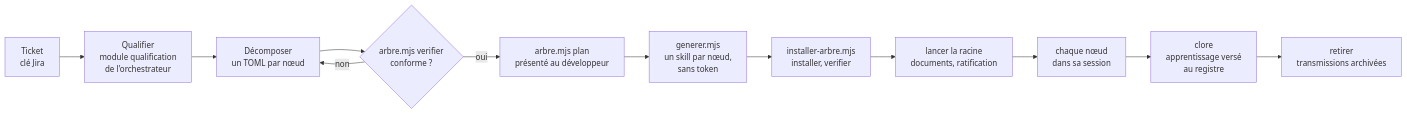
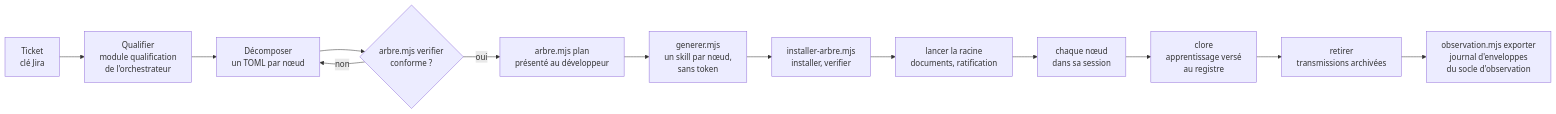
The diagram in specs/generateur-skill-ticket/SKILL.md (FredGarcia/Agent2Prompt), drawn with Mermaid before and after one commit. The commit also changed other lines of this file and 29 other files, not shown here.

````diff
--- a/specs/generateur-skill-ticket/SKILL.md
+++ b/specs/generateur-skill-ticket/SKILL.md
@@ -22,14 +22,15 @@
 ```mermaid
 flowchart LR
   T["Ticket<br/>clé Jira"] --> Q["Qualifier<br/>module qualification<br/>de l'orchestrateur"]
   Q --> D["Décomposer<br/>un TOML par nœud"]
   D --> V{"arbre.mjs verifier<br/>conforme ?"}
   V -->|non| D
   V -->|oui| P["arbre.mjs plan<br/>présenté au développeur"]
   P --> G["generer.mjs<br/>un skill par nœud,<br/>sans token"]
   G --> I["installer-arbre.mjs<br/>installer, verifier"]
   I --> L["lancer la racine<br/>documents, ratification"]
   L --> N["chaque nœud<br/>dans sa session"]
   N --> C["clore<br/>apprentissage versé<br/>au registre"]
   C --> R["retirer<br/>transmissions archivées"]
+  R --> X["observation.mjs exporter<br/>journal d'enveloppes<br/>du socle d'observation"]
 ```
````
